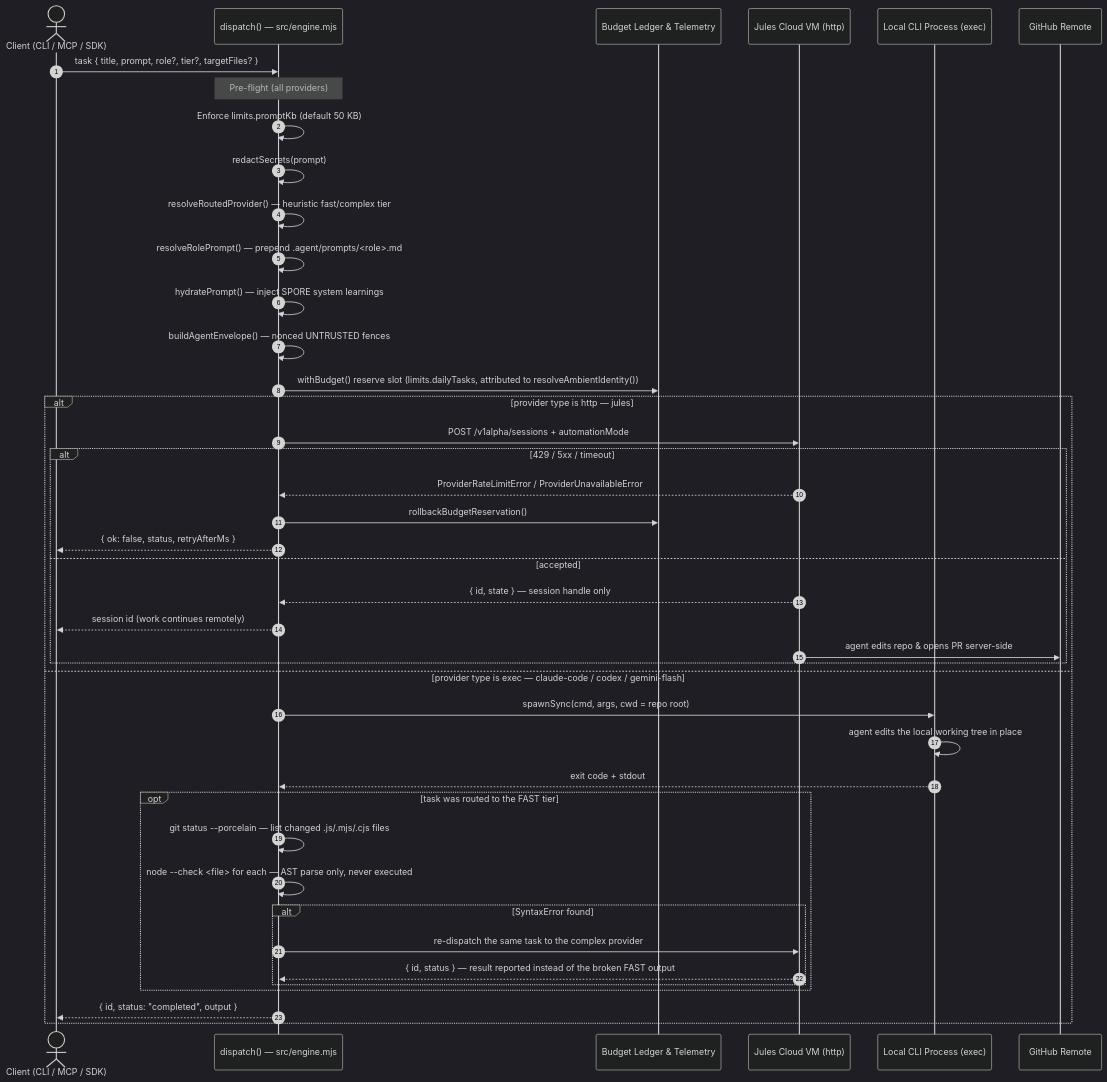
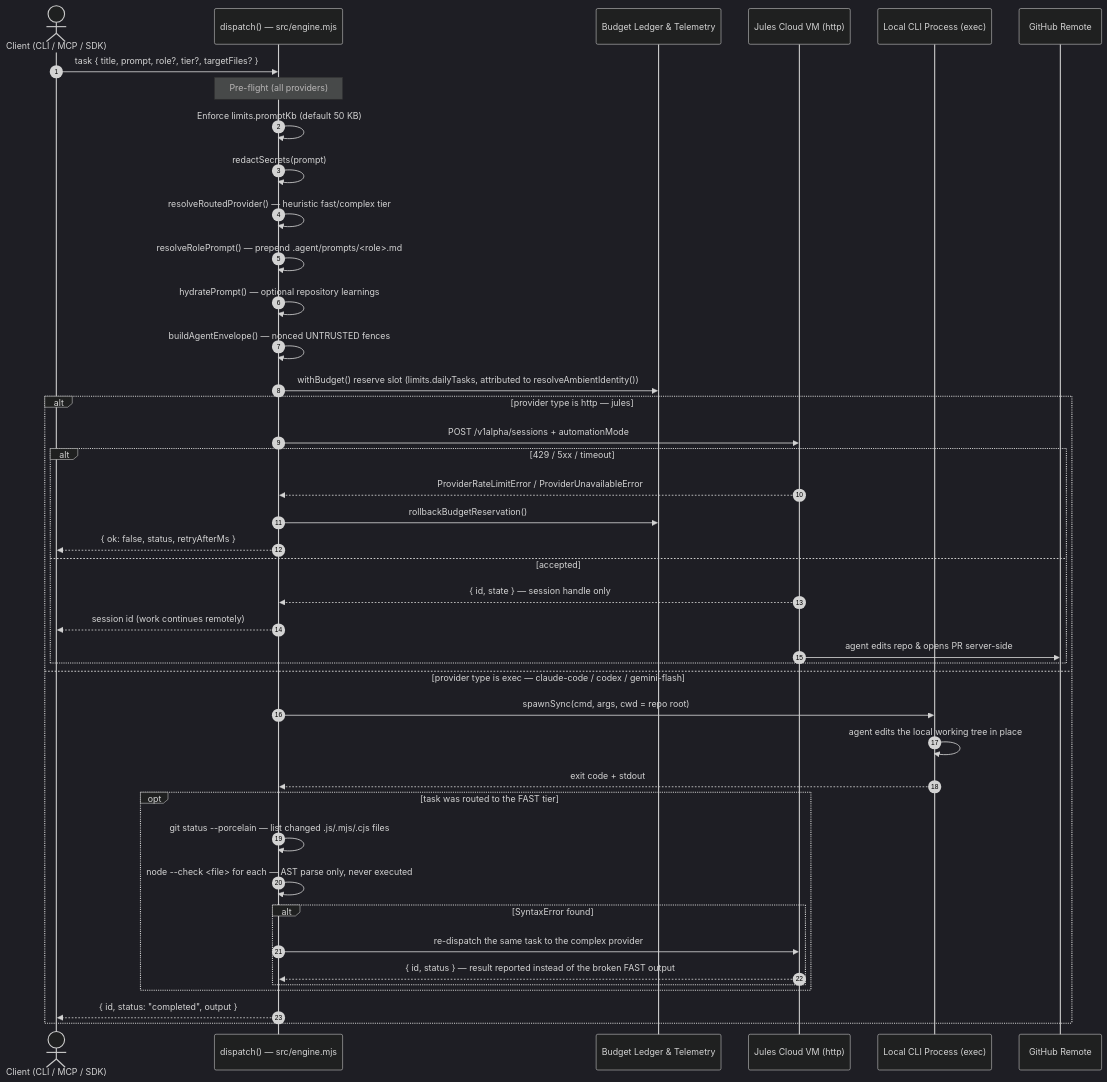
Before and after one commit to FullThrottle83/jules-orchestrator-kit: the first of 3 diagrams in docs/architecture.md, drawn with Mermaid (dark theme). The commit also changed other lines of this file and 8 other files, not shown here.

````diff
--- a/docs/architecture.md
+++ b/docs/architecture.md
@@ -90,47 +90,47 @@
 ```mermaid
 sequenceDiagram
     autonumber
     actor Trigger as Client (CLI / MCP / SDK)
     participant Orc as dispatch() — src/engine.mjs
     participant Ledger as Budget Ledger & Telemetry
     participant Remote as Jules Cloud VM (http)
     participant Local as Local CLI Process (exec)
     participant GH as GitHub Remote
 
     Trigger->>Orc: task { title, prompt, role?, tier?, targetFiles? }
 
     note over Orc: Pre-flight (all providers)
     Orc->>Orc: Enforce limits.promptKb (default 50 KB)
     Orc->>Orc: redactSecrets(prompt)
     Orc->>Orc: resolveRoutedProvider() — heuristic fast/complex tier
     Orc->>Orc: resolveRolePrompt() — prepend .agent/prompts/<role>.md
-    Orc->>Orc: hydratePrompt() — inject SPORE system learnings
+    Orc->>Orc: hydratePrompt() — optional repository learnings
     Orc->>Orc: buildAgentEnvelope() — nonced UNTRUSTED fences
     Orc->>Ledger: withBudget() reserve slot (limits.dailyTasks, attributed to resolveAmbientIdentity())
 
     alt provider type is http — jules
         Orc->>Remote: POST /v1alpha/sessions + automationMode
         alt 429 / 5xx / timeout
             Remote-->>Orc: ProviderRateLimitError / ProviderUnavailableError
             Orc->>Ledger: rollbackBudgetReservation()
             Orc-->>Trigger: { ok: false, status, retryAfterMs }
         else accepted
             Remote-->>Orc: { id, state } — session handle only
             Orc-->>Trigger: session id (work continues remotely)
             Remote->>GH: agent edits repo & opens PR server-side
         end
     else provider type is exec — claude-code / codex / gemini-flash
         Orc->>Local: spawnSync(cmd, args, cwd = repo root)
         Local->>Local: agent edits the local working tree in place
         Local-->>Orc: exit code + stdout
         opt task was routed to the FAST tier
             Orc->>Orc: git status --porcelain — list changed .js/.mjs/.cjs files
             Orc->>Orc: node --check <file> for each — AST parse only, never executed
             alt SyntaxError found
                 Orc->>Remote: re-dispatch the same task to the complex provider
                 Remote-->>Orc: { id, status } — result reported instead of the broken FAST output
             end
         end
         Orc-->>Trigger: { id, status: "completed", output }
     end
 ```
````
